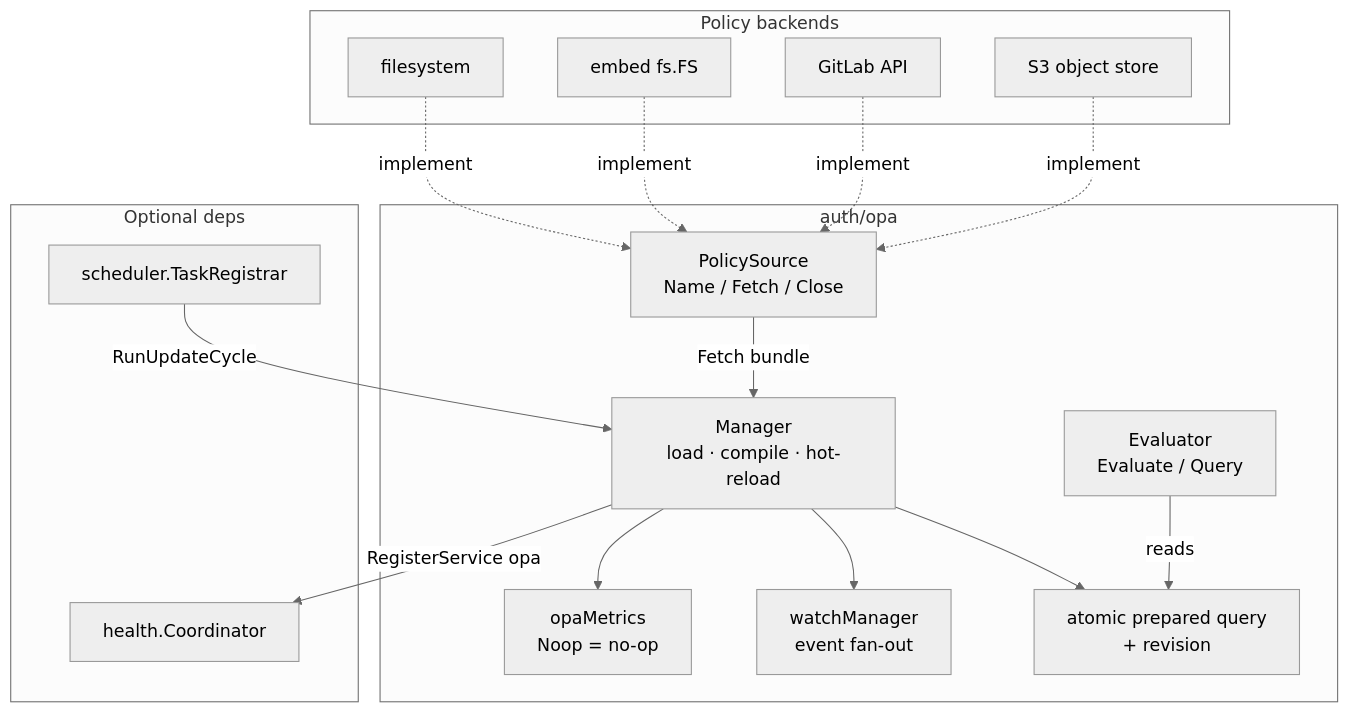
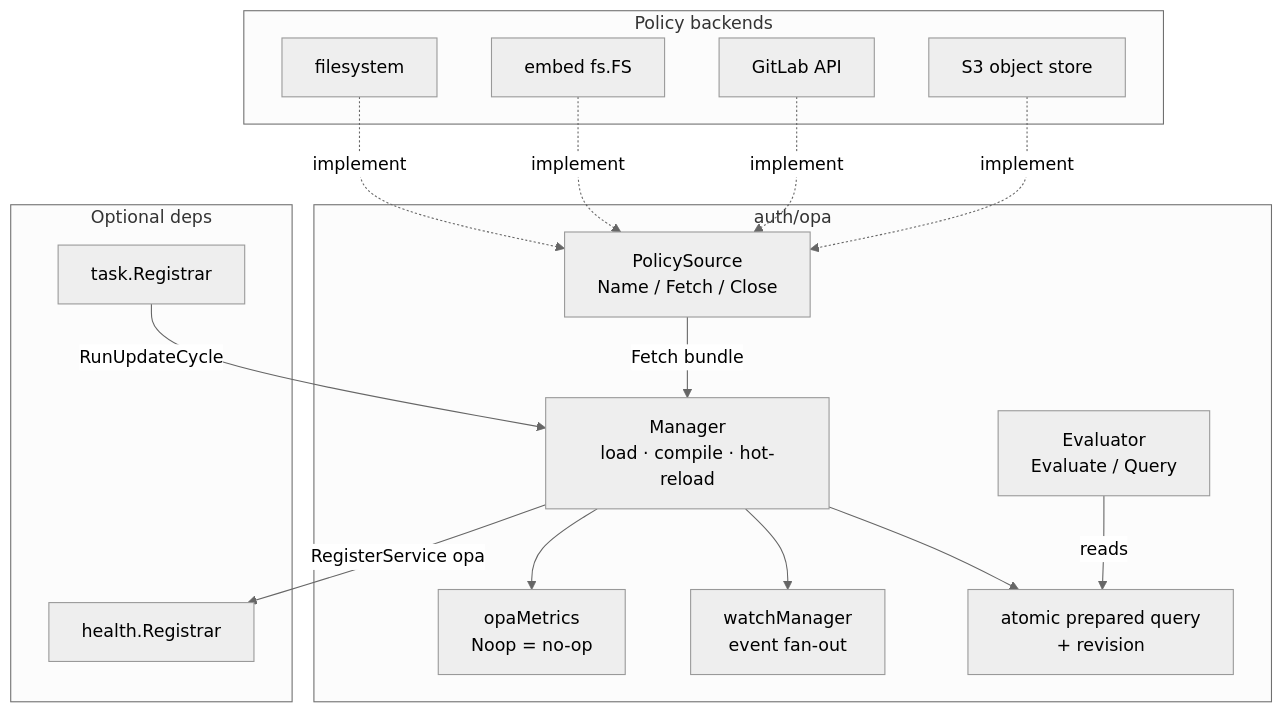
One commit to altessa-s/go-atlas changed the first of 2 diagrams in docs/auth/opa.md. Above: the diagram before and after it, drawn with Mermaid (neutral theme). The commit also changed other lines of this file and 314 other files, not shown here.

````diff
--- a/docs/auth/opa.md
+++ b/docs/auth/opa.md
@@ -52,32 +53,32 @@
 ```mermaid
 graph TB
     subgraph "Policy backends"
         FS[filesystem]
         EM[embed fs.FS]
         GL[GitLab API]
         S3[S3 object store]
     end
 
     subgraph "auth/opa"
         SRC[PolicySource<br/>Name / Fetch / Close]
         MGR[Manager<br/>load · compile · hot-reload]
         PEQ[atomic prepared query<br/>+ revision]
         EVAL[Evaluator<br/>Evaluate / Query]
         WM[watchManager<br/>event fan-out]
         MET[opaMetrics<br/>Noop = no-op]
     end
 
     subgraph "Optional deps"
-        SCH[scheduler.TaskRegistrar]
-        HC[health.Coordinator]
+        SCH[task.Registrar]
+        HC[health.Registrar]
     end
 
     FS & EM & GL & S3 -.implement.-> SRC
     SRC -->|Fetch bundle| MGR
     MGR --> PEQ
     EVAL -->|reads| PEQ
     MGR --> WM
     MGR --> MET
     SCH -->|RunUpdateCycle| MGR
     MGR -->|RegisterService opa| HC
 ```
````
